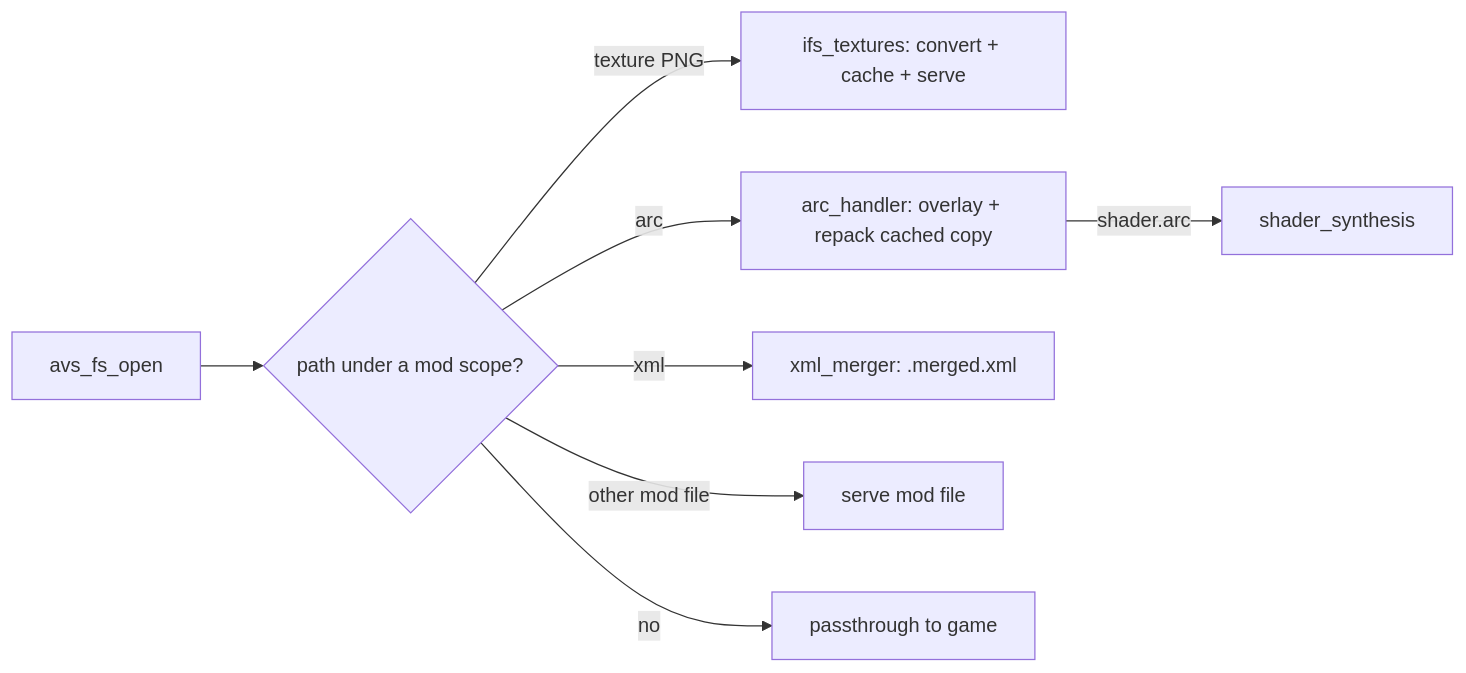
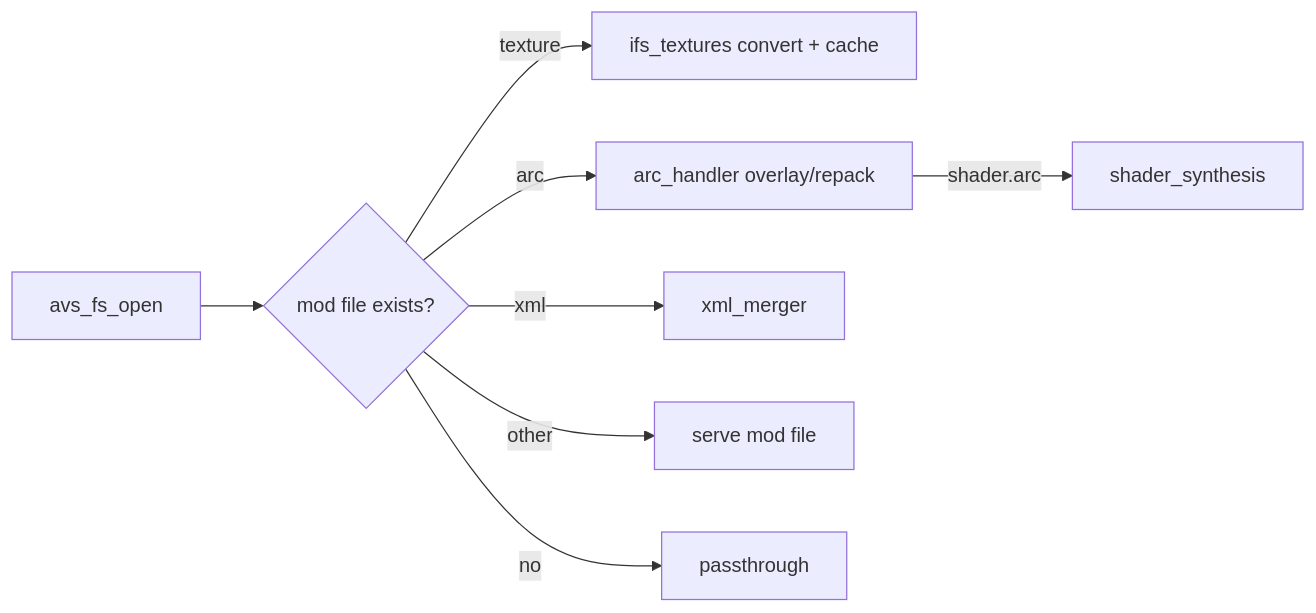
The diagram in .agents/summary/workflows.md (skogaby/ddr-world-universal-modpack), drawn with Mermaid before and after one commit. The commit also changed other lines of this file and 46 other files, not shown here.

````diff
--- a/.agents/summary/workflows.md
+++ b/.agents/summary/workflows.md
@@ -80,10 +96,10 @@
 ```mermaid
 flowchart LR
-    O[avs_fs_open] --> P{path under a mod scope?}
-    P -->|texture PNG| T[ifs_textures: convert + cache + serve]
-    P -->|arc| AR[arc_handler: overlay + repack cached copy]
-    P -->|xml| X[xml_merger: .merged.xml]
-    P -->|other mod file| M[serve mod file]
-    P -->|no| S[passthrough to game]
-    AR -->|shader.arc| SS[shader_synthesis]
+    O[avs_fs_open] --> P{mod file exists?}
+    P -->|texture| T[ifs_textures convert + cache]
+    P -->|arc| A[arc_handler overlay/repack]
+    A -->|shader.arc| S[shader_synthesis]
+    P -->|xml| X[xml_merger]
+    P -->|other| M[serve mod file]
+    P -->|no| G[passthrough]
 ```
````
